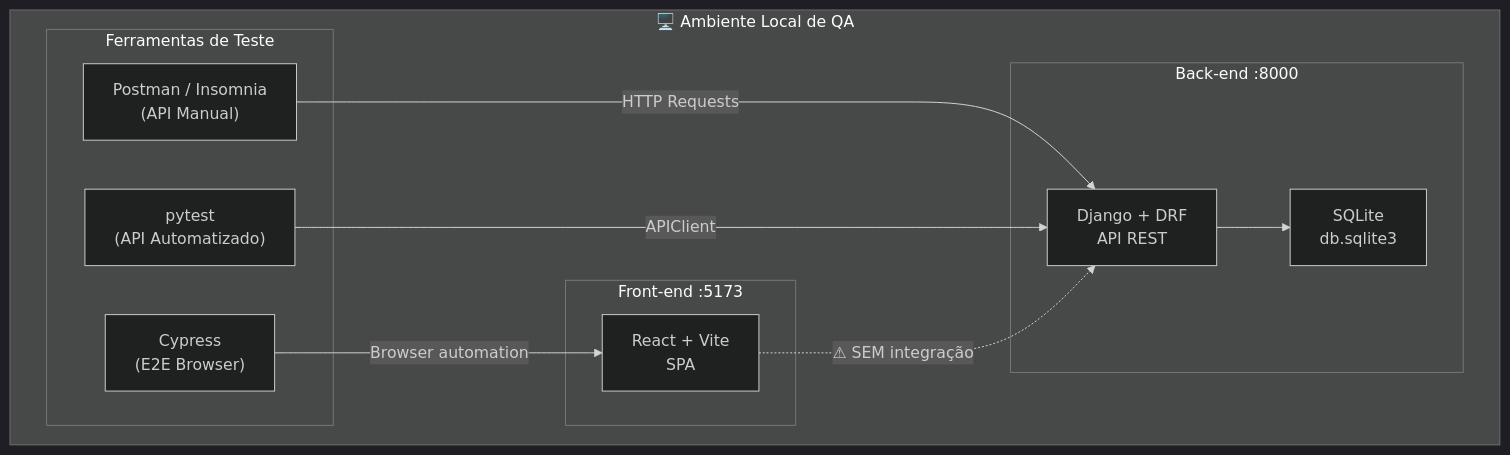
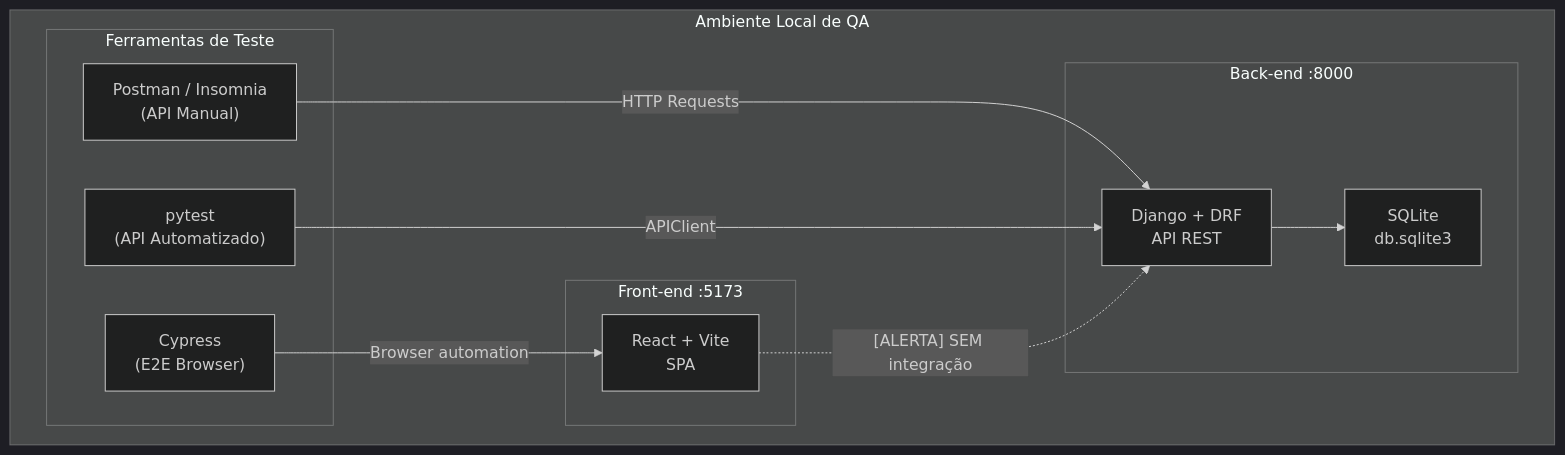
The third of 3 diagrams in docs/01-Analise-Requisitos-Riscos-e-Ambiente.md (Texugo2006/cafeteria-teste), drawn with Mermaid (dark theme) before and after one commit. The commit also changed other lines of this file and 5 other files, not shown here.

````diff
--- a/docs/01-Analise-Requisitos-Riscos-e-Ambiente.md
+++ b/docs/01-Analise-Requisitos-Riscos-e-Ambiente.md
@@ -363,23 +371,23 @@
 ```mermaid
 flowchart TD
-    subgraph Ambiente["🖥️ Ambiente Local de QA"]
+    subgraph Ambiente[" Ambiente Local de QA"]
         subgraph Back["Back-end :8000"]
             API["Django + DRF\nAPI REST"]
             DB["SQLite\ndb.sqlite3"]
             API --> DB
         end
         subgraph Front["Front-end :5173"]
             UI["React + Vite\nSPA"]
         end
         subgraph Tools["Ferramentas de Teste"]
             PM["Postman / Insomnia\n(API Manual)"]
             CY["Cypress\n(E2E Browser)"]
             PT["pytest\n(API Automatizado)"]
         end
     end
     
     PM -->|"HTTP Requests"| API
     PT -->|"APIClient"| API
     CY -->|"Browser automation"| UI
-    UI -.->|"⚠ SEM integração"| API
+    UI -.->|"[ALERTA] SEM integração"| API
 ```
````
